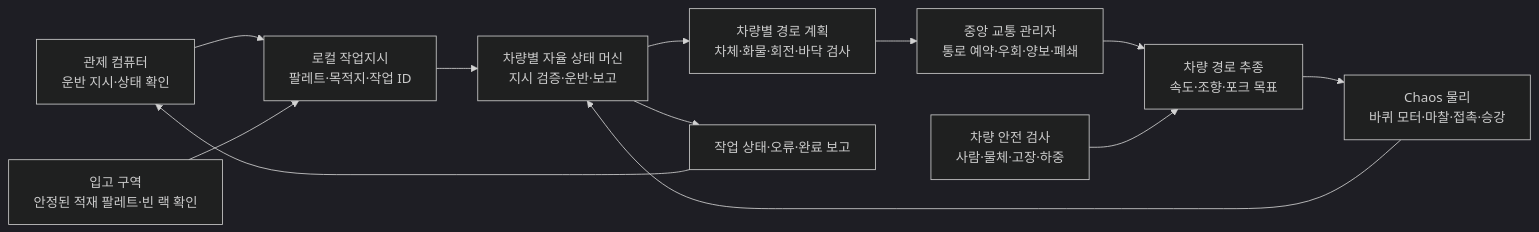
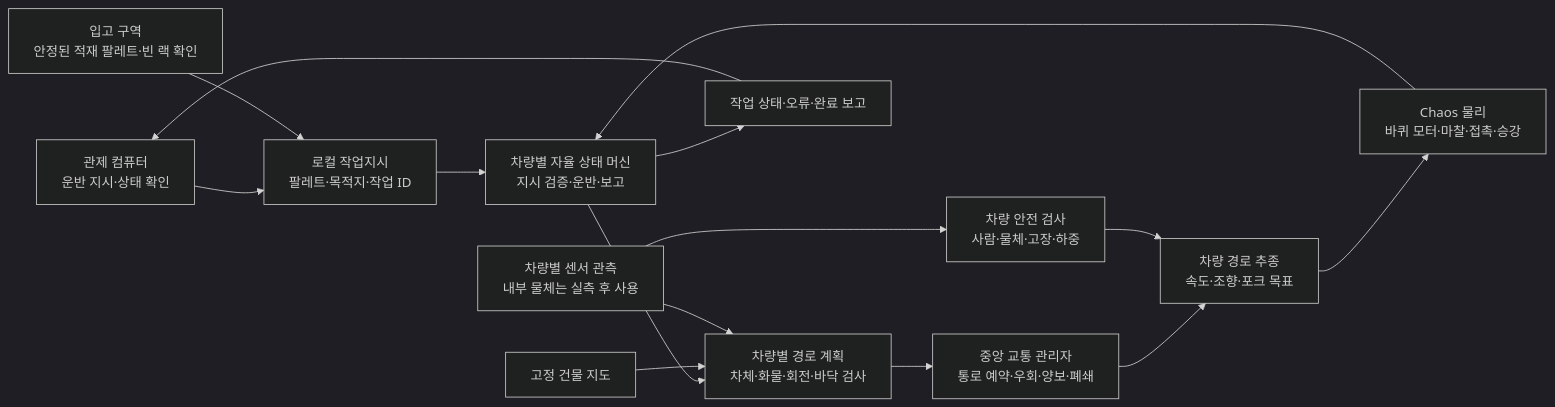
Before and after one commit to graybeeer/msc_vr: the first of 4 diagrams in FLEET_ALGORITHM_COMPARISON.md, drawn with Mermaid (dark theme). The commit also changed other lines of this file and 358 other files, not shown here.

````diff
--- a/FLEET_ALGORITHM_COMPARISON.md
+++ b/FLEET_ALGORITHM_COMPARISON.md
@@ -9,14 +9,17 @@
 ```mermaid
 flowchart LR
     User["관제 컴퓨터<br/>운반 지시·상태 확인"] --> Job["로컬 작업지시<br/>팔레트·목적지·작업 ID"]
     Inbound["입고 구역<br/>안정된 적재 팔레트·빈 랙 확인"] --> Job
     Job --> AI["차량별 자율 상태 머신<br/>지시 검증·운반·보고"]
     AI --> Plan["차량별 경로 계획<br/>차체·화물·회전·바닥 검사"]
+    Building["고정 건물 지도"] --> Plan
+    Sensors["차량별 센서 관측<br/>내부 물체는 실측 후 사용"] --> Plan
+    Sensors --> Safe
     Plan --> Traffic["중앙 교통 관리자<br/>통로 예약·우회·양보·폐쇄"]
     Traffic --> Control["차량 경로 추종<br/>속도·조향·포크 목표"]
     Safe["차량 안전 검사<br/>사람·물체·고장·하중"] --> Control
     Control --> Physics["Chaos 물리<br/>바퀴 모터·마찰·접촉·승강"]
     Physics --> AI
     AI --> Report["작업 상태·오류·완료 보고"]
     Report --> User
 ```
````
